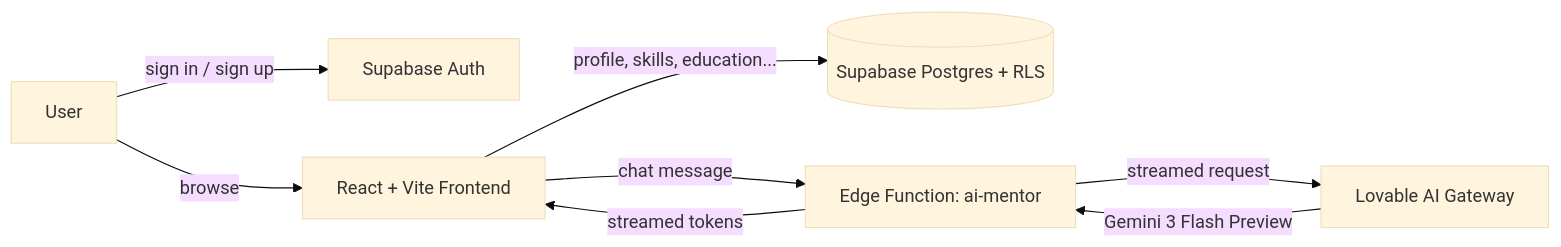
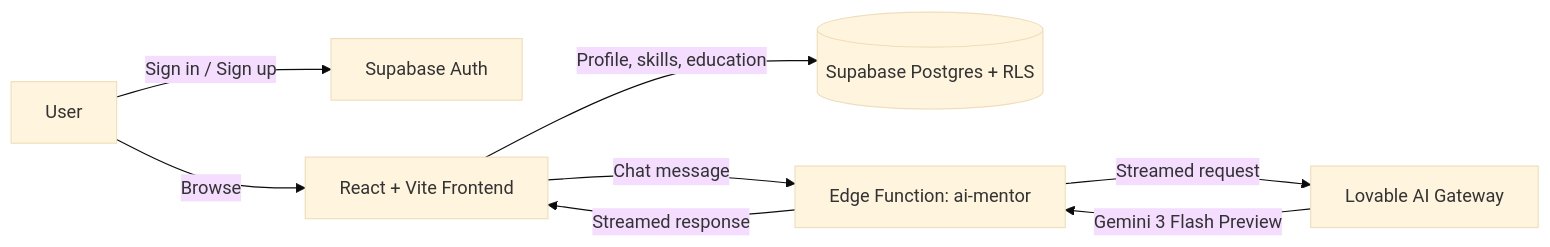
The diagram in README.md (Muneeb-PT/SYNAPSE-mindspark), drawn with Mermaid (base theme) before and after one commit. The commit also changed other lines of this file, not shown here.

````diff
--- a/README.md
+++ b/README.md
@@ -54,10 +57,10 @@
 ```mermaid
 flowchart LR
-    U[User] -->|sign in / sign up| A[Supabase Auth]
-    U -->|browse| F[React + Vite Frontend]
-    F -->|profile, skills, education...| D[(Supabase Postgres + RLS)]
-    F -->|chat message| E[Edge Function: ai-mentor]
-    E -->|streamed request| G[Lovable AI Gateway]
+    U[User] -->|Sign in / Sign up| A[Supabase Auth]
+    U -->|Browse| F[React + Vite Frontend]
+    F -->|Profile, skills, education| D[(Supabase Postgres + RLS)]
+    F -->|Chat message| E[Edge Function: ai-mentor]
+    E -->|Streamed request| G[Lovable AI Gateway]
     G -->|Gemini 3 Flash Preview| E
-    E -->|streamed tokens| F
+    E -->|Streamed response| F
 ```
````
